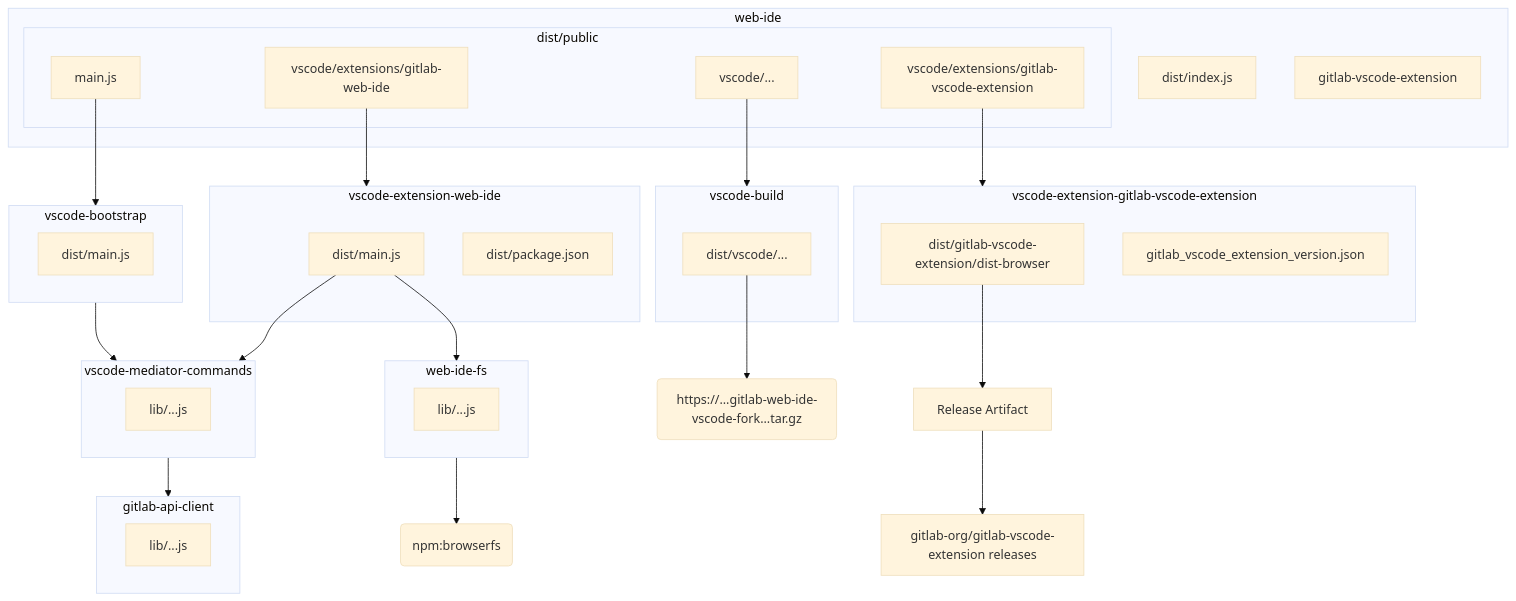
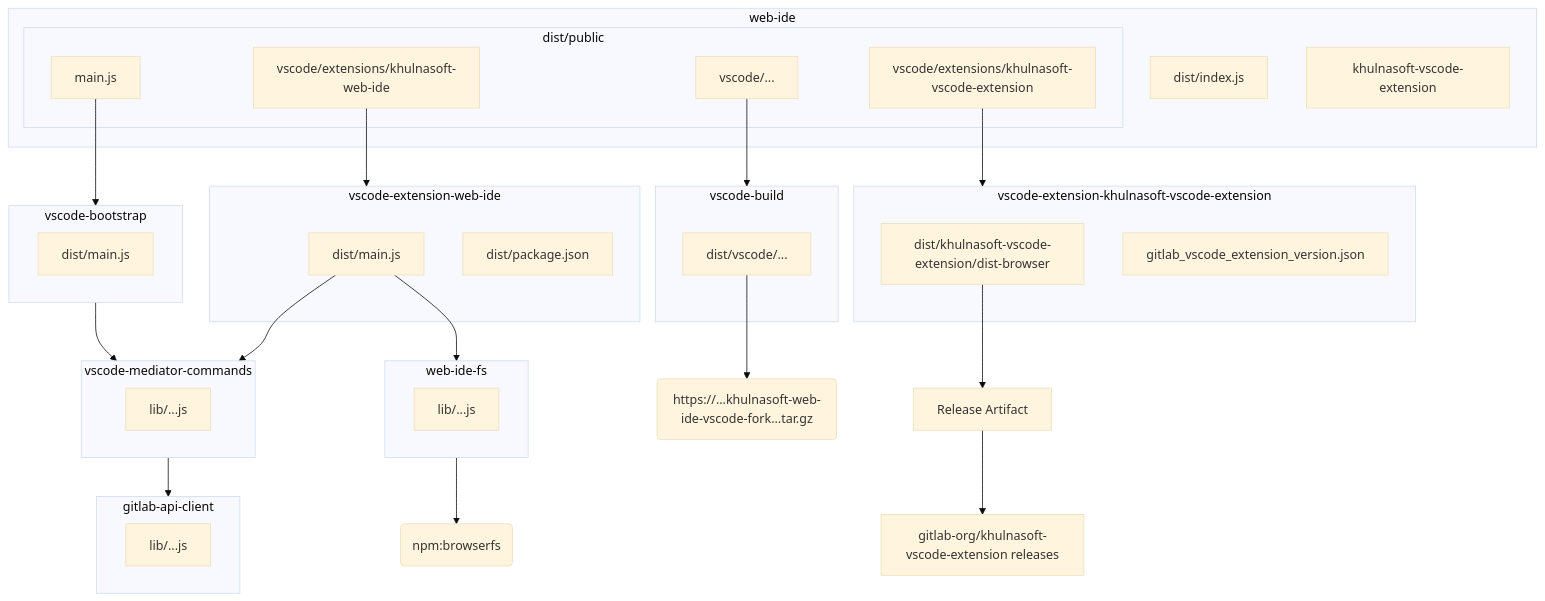
The diagram in docs/development/architecture-packages.md (khulnasoft-bot/web-ide), drawn with Mermaid (base theme) before and after one commit. The commit also changed other lines of this file and 273 other files, not shown here.

````diff
--- a/docs/development/architecture-packages.md
+++ b/docs/development/architecture-packages.md
@@ -9,56 +9,56 @@
 ```mermaid
 flowchart TD
   subgraph gitlab-api-client
       gitlab-api-clientA[lib/...js]
   end
 
   subgraph web-ide-fs
       web-ide-fsA[lib/...js]
   end
   web-ide-fs --> browserfs(npm:browserfs)
 
   subgraph vscode-build
       vscode-buildA[dist/vscode/...]
   end
-  vscode-buildA --> gitlab-web-ide-vscode-fork(https://...gitlab-web-ide-vscode-fork...tar.gz)
+  vscode-buildA --> khulnasoft-web-ide-vscode-fork(https://...khulnasoft-web-ide-vscode-fork...tar.gz)
 
   subgraph vscode-mediator-commands
       vscode-mediator-commandsA[lib/...js]
   end
   vscode-mediator-commands --> gitlab-api-client
 
   subgraph vscode-extension-web-ide
       vscode-extension-web-ideA[dist/main.js]
       vscode-extension-web-ideB[dist/package.json]
   end
   vscode-extension-web-ideA --> web-ide-fs
   vscode-extension-web-ideA --> vscode-mediator-commands
 
-  subgraph vscode-extension-gitlab-vscode-extension
-      vscode-extension-gitlab-vscode-extensionA[dist/gitlab-vscode-extension/dist-browser]
-      vscode-extension-gitlab-vscode-extensionB[gitlab_vscode_extension_version.json]
+  subgraph vscode-extension-khulnasoft-vscode-extension
+      vscode-extension-khulnasoft-vscode-extensionA[dist/khulnasoft-vscode-extension/dist-browser]
+      vscode-extension-khulnasoft-vscode-extensionB[gitlab_vscode_extension_version.json]
   end
-  vscode-extension-gitlab-vscode-extensionA --> ExtArtifact[Release Artifact]
-  ExtArtifact --> gitlab-vscode-extension_repo[gitlab-org/gitlab-vscode-extension releases]
+  vscode-extension-khulnasoft-vscode-extensionA --> ExtArtifact[Release Artifact]
+  ExtArtifact --> khulnasoft-vscode-extension_repo[gitlab-org/khulnasoft-vscode-extension releases]
 
   subgraph vscode-bootstrap
       vscode-bootstrapA[dist/main.js]
   end
   vscode-bootstrap --> vscode-mediator-commands
 
   subgraph web-ide [web-ide]
       web-ideA[dist/index.js]
-      gitlab-vscode-extension[gitlab-vscode-extension]
+      khulnasoft-vscode-extension[khulnasoft-vscode-extension]
 
       subgraph web-ide-public[dist/public]
           web-ide-publicA[main.js]
           web-ide-publicB[vscode/...]
-          web-ide-publicC[vscode/extensions/gitlab-web-ide]
-          web-ide-publicD[vscode/extensions/gitlab-vscode-extension]
+          web-ide-publicC[vscode/extensions/khulnasoft-web-ide]
+          web-ide-publicD[vscode/extensions/khulnasoft-vscode-extension]
       end
   end
   web-ide-publicA --> vscode-bootstrap
   web-ide-publicB --> vscode-build
   web-ide-publicC --> vscode-extension-web-ide
-  web-ide-publicD --> vscode-extension-gitlab-vscode-extension
+  web-ide-publicD --> vscode-extension-khulnasoft-vscode-extension
 ```
````
